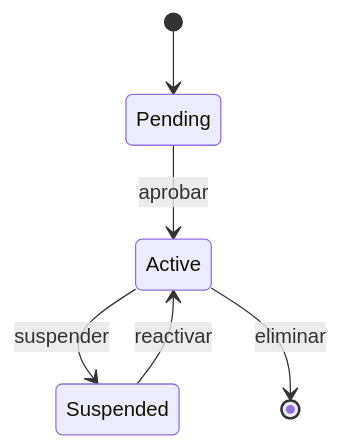
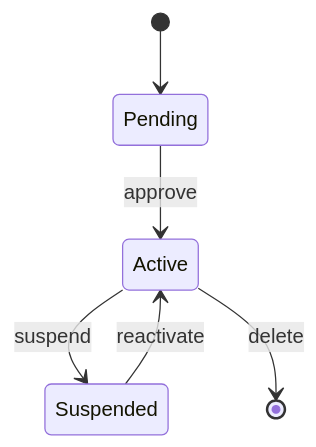
One commit to elisaul77/Orquestacion_Agentes_claude changed the sixth of 7 diagrams in skills/arquitec-dev-ia/assets/catalogo_mermaid.md. Above: the diagram before and after it, drawn with Mermaid. The commit also changed other lines of this file and 14 other files, not shown here.

````diff
--- a/skills/arquitec-dev-ia/assets/catalogo_mermaid.md
+++ b/skills/arquitec-dev-ia/assets/catalogo_mermaid.md
@@ -82,8 +82,8 @@
 ```mermaid
 stateDiagram-v2
     [*] --> Pending
-    Pending --> Active: aprobar
-    Active --> Suspended: suspender
-    Suspended --> Active: reactivar
-    Active --> [*]: eliminar
+    Pending --> Active: approve
+    Active --> Suspended: suspend
+    Suspended --> Active: reactivate
+    Active --> [*]: delete
 ```
````
